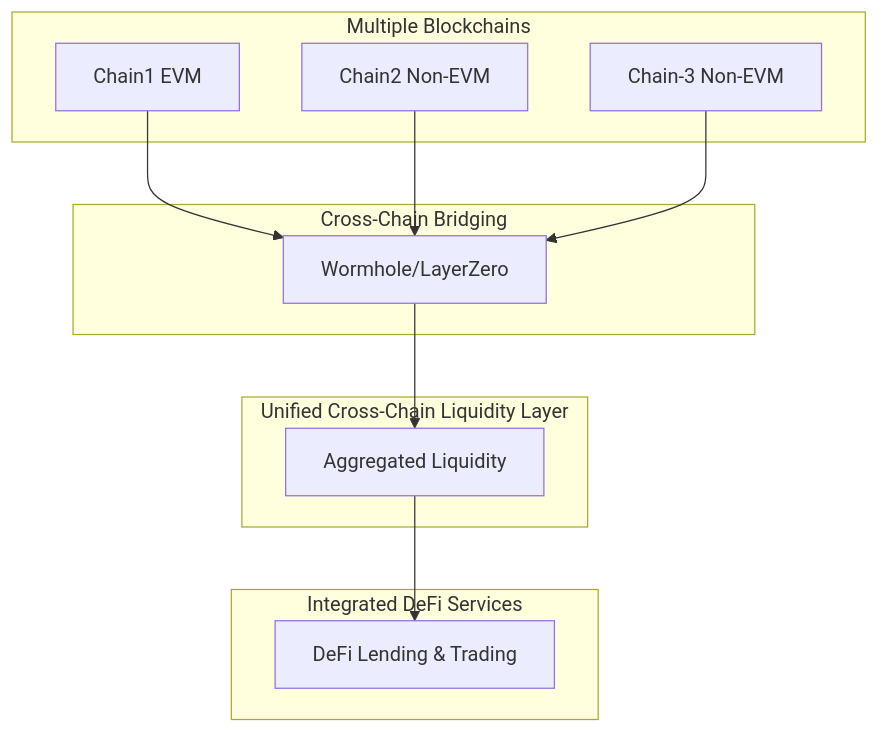
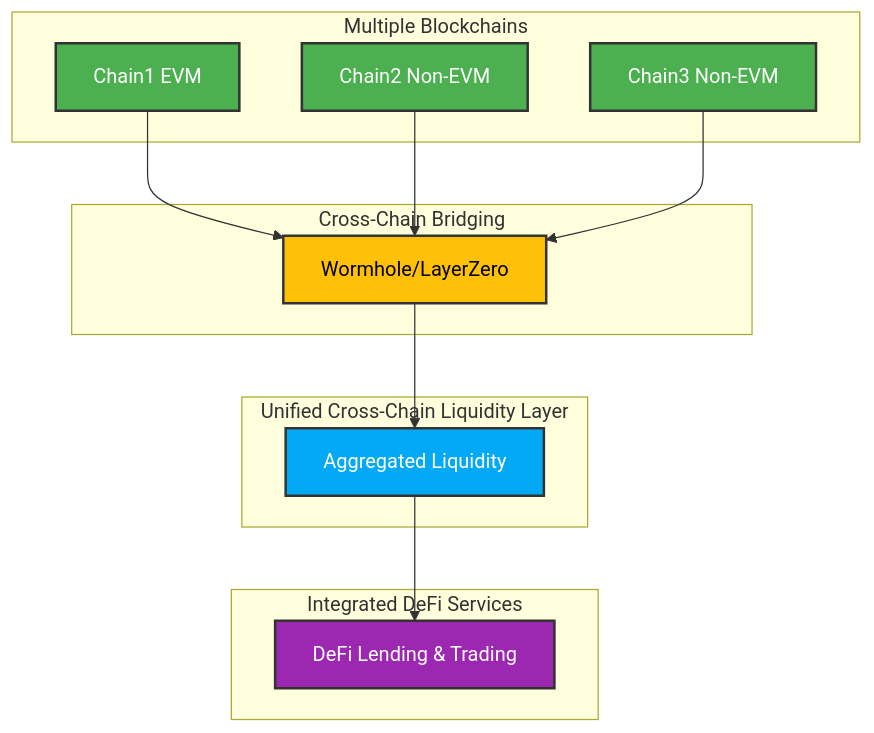
Before and after one commit to 0xumarkhatab/Fluid-Protocol-Research: the third of 4 diagrams in README.md, drawn with Mermaid. The commit also changed other lines of this file, not shown here.

````diff
--- a/README.md
+++ b/README.md
@@ -373,27 +414,35 @@
 ```mermaid
 flowchart TD
     subgraph Multiple_Chains[Multiple Blockchains]
         A[Chain1 EVM]
         B[Chain2 Non-EVM]
-        C[Chain-3 Non-EVM]
+        C[Chain3 Non-EVM]
     end
 
     subgraph Bridging[Cross-Chain Bridging]
         D[Wormhole/LayerZero]
     end
 
     subgraph Unified_Liquidity[Unified Cross-Chain Liquidity Layer]
         E[Aggregated Liquidity]
     end
 
     subgraph Protocol_Services[Integrated DeFi Services]
-        G[DeFi Lending & Trading]
+        F[DeFi Lending & Trading]
     end
 
     A --> D
     B --> D
     C --> D
     D --> E
-    E --> G
+    E --> F
+
+    %% Styling for nodes
+    style A fill:#4CAF50,stroke:#333,stroke-width:2px, color:#fff
+    style B fill:#4CAF50,stroke:#333,stroke-width:2px, color:#fff
+    style C fill:#4CAF50,stroke:#333,stroke-width:2px, color:#fff
+    style D fill:#FFC107,stroke:#333,stroke-width:2px, color:#000
+    style E fill:#03A9F4,stroke:#333,stroke-width:2px, color:#fff
+    style F fill:#9C27B0,stroke:#333,stroke-width:2px, color:#fff
 
 ```
````
